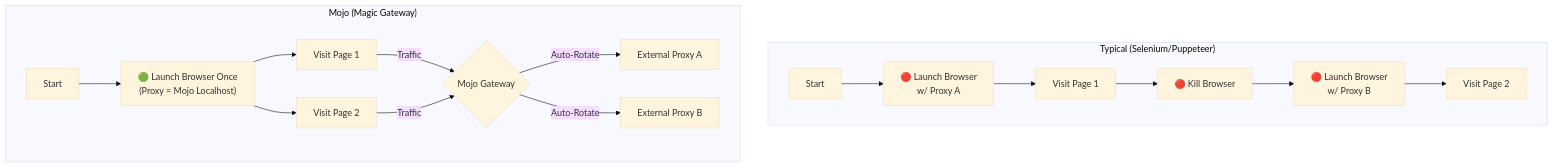
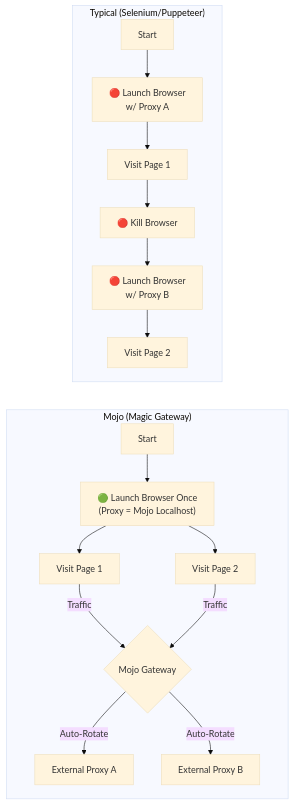
Before and after one commit to malvads/mojo: the diagram in README.md, drawn with Mermaid (base theme).

Commit message:
Put chartsbelow each one

````diff
--- a/README.md
+++ b/README.md
@@ -45,20 +45,23 @@
 ```mermaid
 graph TD
     subgraph "Typical (Selenium/Puppeteer)"
     A[Start] --> B["🔴 Launch Browser <br/> w/ Proxy A"]
     B --> C[Visit Page 1]
     C --> D[🔴 Kill Browser]
     D --> E["🔴 Launch Browser <br/> w/ Proxy B"]
     E --> F[Visit Page 2]
     end
     
     subgraph "Mojo (Magic Gateway)"
     H[Start] --> I["🟢 Launch Browser Once <br/> (Proxy = Mojo Localhost)"]
     I --> J[Visit Page 1]
     J -- "Traffic" --> K{Mojo Gateway}
     K -- "Auto-Rotate" --> L[External Proxy A]
     I --> M[Visit Page 2]
     M -- "Traffic" --> K
     K -- "Auto-Rotate" --> N[External Proxy B]
     end
+
+    %% Force subgraphs to be one below the other
+    F ~~~ H
 ```
````
